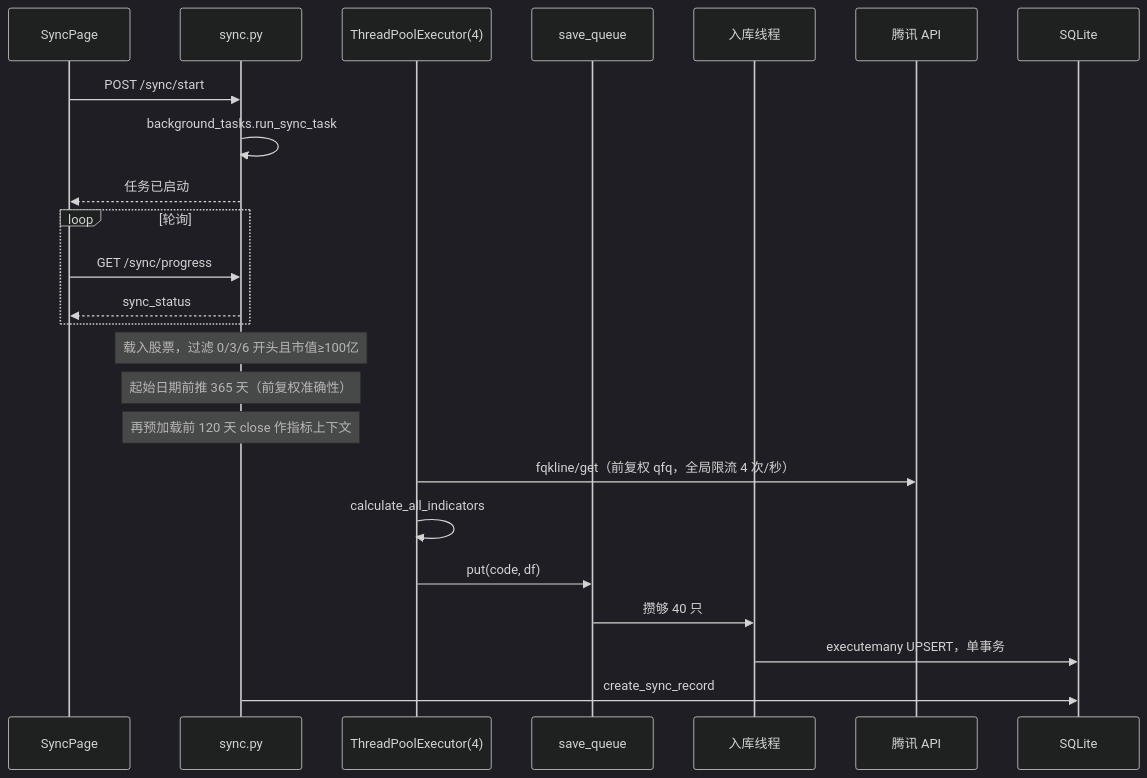
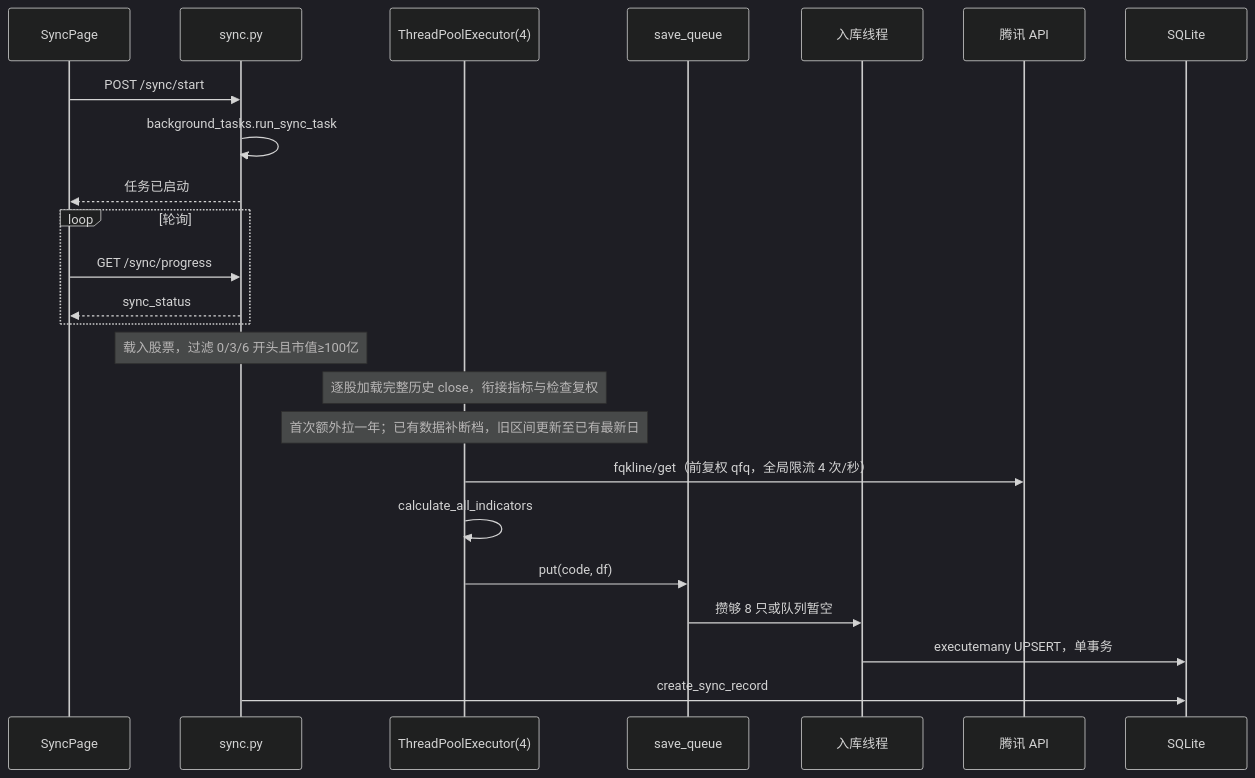
Before and after one commit to Ten2016/Stock_selection_system: the second of 2 diagrams in docs/PROJECT_CONTEXT.md, drawn with Mermaid (dark theme). The commit also changed other lines of this file and 53 other files, not shown here.

````diff
--- a/docs/PROJECT_CONTEXT.md
+++ b/docs/PROJECT_CONTEXT.md
@@ -291,29 +291,29 @@
 ```mermaid
 sequenceDiagram
     participant UI as SyncPage
     participant API as sync.py
     participant Pool as ThreadPoolExecutor(4)
     participant Q as save_queue
     participant Saver as 入库线程
     participant TX as 腾讯 API
     participant DB as SQLite
 
     UI->>API: POST /sync/start
     API->>API: background_tasks.run_sync_task
     API-->>UI: 任务已启动
 
     loop 轮询
         UI->>API: GET /sync/progress
         API-->>UI: sync_status
     end
 
     Note over API: 载入股票，过滤 0/3/6 开头且市值≥100亿
-    Note over API: 起始日期前推 365 天（前复权准确性）
-    Note over API: 再预加载前 120 天 close 作指标上下文
+    Note over Pool: 逐股加载完整历史 close，衔接指标与检查复权
+    Note over Pool: 首次额外拉一年；已有数据补断档，旧区间更新至已有最新日
     Pool->>TX: fqkline/get（前复权 qfq，全局限流 4 次/秒）
     Pool->>Pool: calculate_all_indicators
     Pool->>Q: put(code, df)
-    Q->>Saver: 攒够 40 只
+    Q->>Saver: 攒够 8 只或队列暂空
     Saver->>DB: executemany UPSERT，单事务
     API->>DB: create_sync_record
 ```
````
